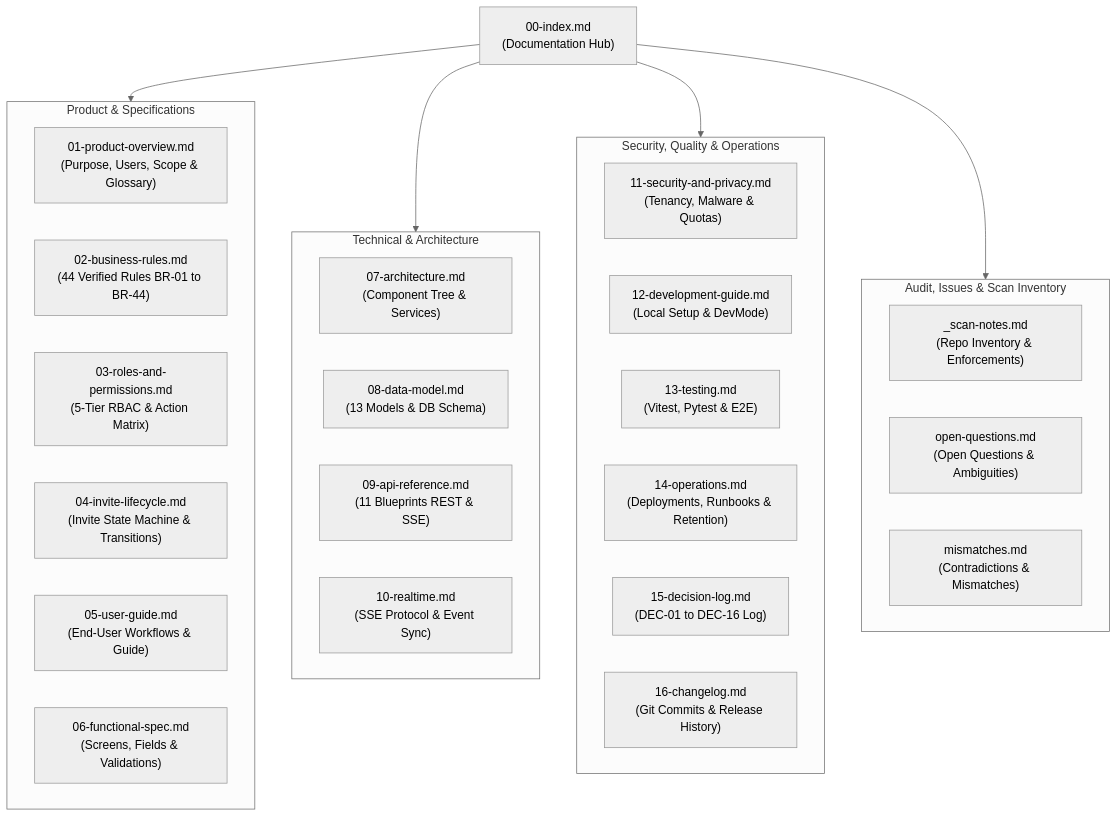
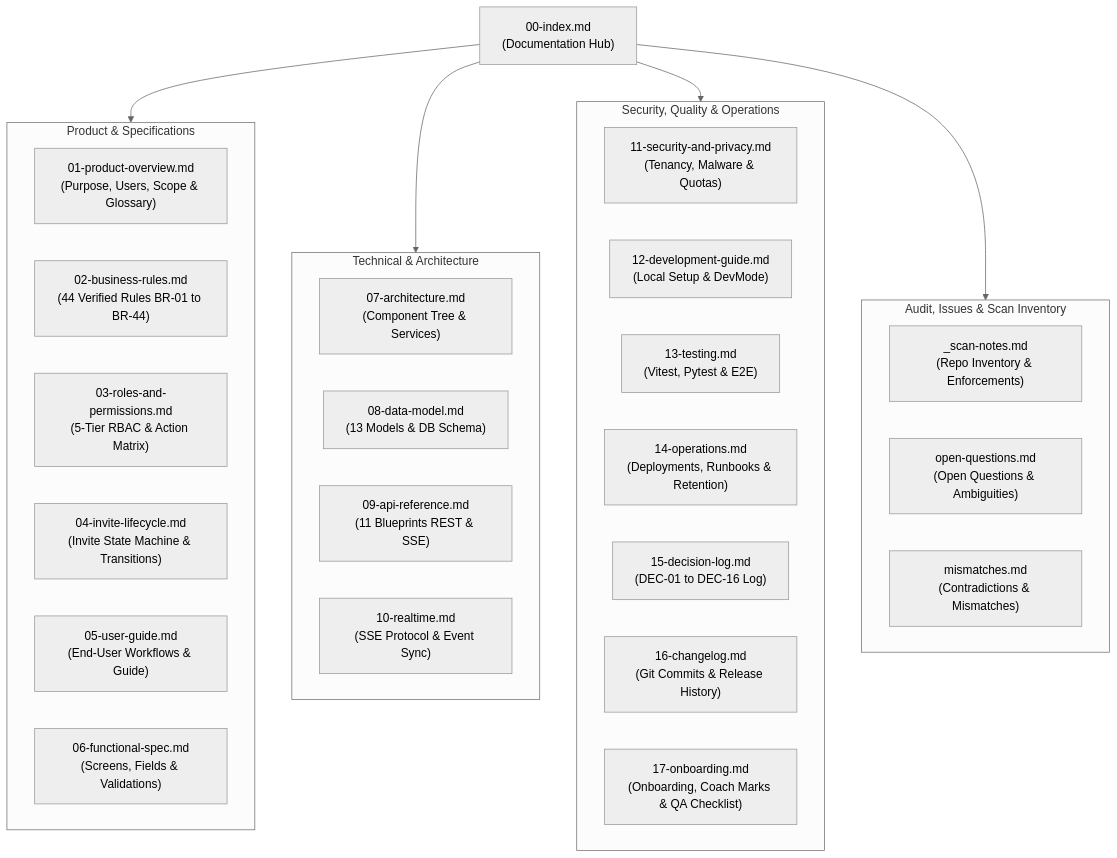
One commit to jekonggg/sticky-mind-grid changed the diagram in docs/00-index.md. Above: the diagram before and after it, drawn with Mermaid (neutral theme). The commit also changed other lines of this file and 2 other files, not shown here.

Commit message:
docs: add onboarding specification, DEC-17, and manual QA checklist

````diff
--- a/docs/00-index.md
+++ b/docs/00-index.md
@@ -30,40 +30,41 @@
 ```mermaid
 flowchart TD
     Index["00-index.md\n(Documentation Hub)"]
 
     subgraph Suite1["Product & Specifications"]
         D01["01-product-overview.md\n(Purpose, Users, Scope & Glossary)"]
         D02["02-business-rules.md\n(44 Verified Rules BR-01 to BR-44)"]
         D03["03-roles-and-permissions.md\n(5-Tier RBAC & Action Matrix)"]
         D04["04-invite-lifecycle.md\n(Invite State Machine & Transitions)"]
         D05["05-user-guide.md\n(End-User Workflows & Guide)"]
         D06["06-functional-spec.md\n(Screens, Fields & Validations)"]
     end
 
     subgraph Suite2["Technical & Architecture"]
         D07["07-architecture.md\n(Component Tree & Services)"]
         D08["08-data-model.md\n(13 Models & DB Schema)"]
         D09["09-api-reference.md\n(11 Blueprints REST & SSE)"]
         D10["10-realtime.md\n(SSE Protocol & Event Sync)"]
     end
 
     subgraph Suite3["Security, Quality & Operations"]
         D11["11-security-and-privacy.md\n(Tenancy, Malware & Quotas)"]
         D12["12-development-guide.md\n(Local Setup & DevMode)"]
         D13["13-testing.md\n(Vitest, Pytest & E2E)"]
         D14["14-operations.md\n(Deployments, Runbooks & Retention)"]
         D15["15-decision-log.md\n(DEC-01 to DEC-16 Log)"]
         D16["16-changelog.md\n(Git Commits & Release History)"]
+        D17["17-onboarding.md\n(Onboarding, Coach Marks & QA Checklist)"]
     end
 
     subgraph AuditDocs["Audit, Issues & Scan Inventory"]
         Scan["_scan-notes.md\n(Repo Inventory & Enforcements)"]
         OQ["open-questions.md\n(Open Questions & Ambiguities)"]
         MM["mismatches.md\n(Contradictions & Mismatches)"]
     end
 
     Index --> Suite1
     Index --> Suite2
     Index --> Suite3
     Index --> AuditDocs
 ```
````
